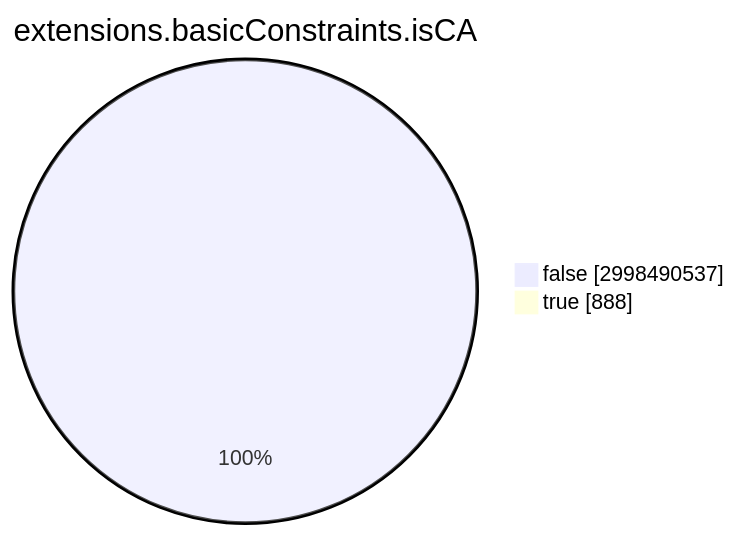
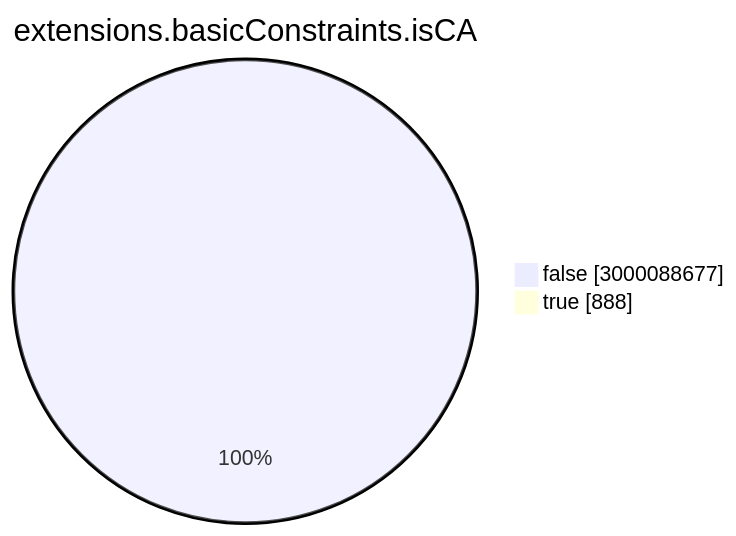
The seventh of 15 diagrams in TOTAL/README.md (christiankrug/ctmonitor_visualization), drawn with Mermaid before and after one commit. The commit also changed other lines of this file, not shown here.

````diff
--- a/TOTAL/README.md
+++ b/TOTAL/README.md
@@ -3077,6 +3079,6 @@
 ```mermaid
 pie showData
 title extensions.basicConstraints.isCA
-"false" :2998490537
+"false" :3000088677
 "true" :888
 ```
````
